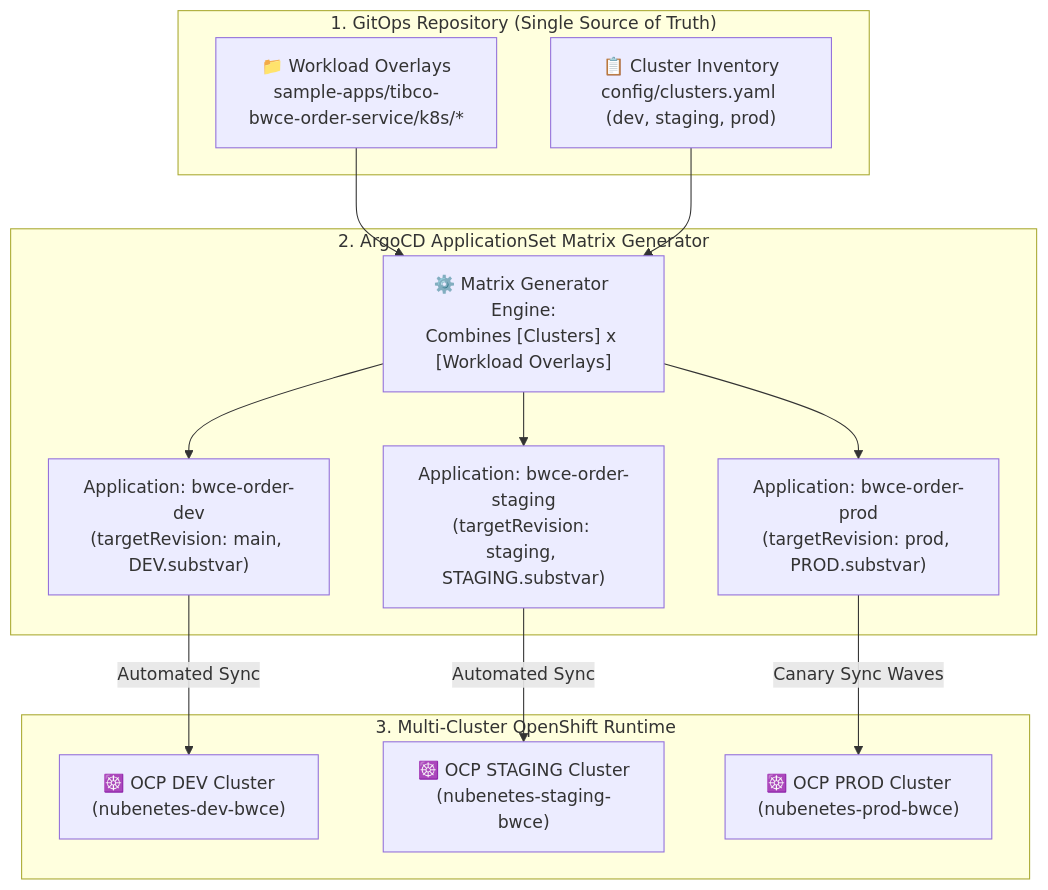
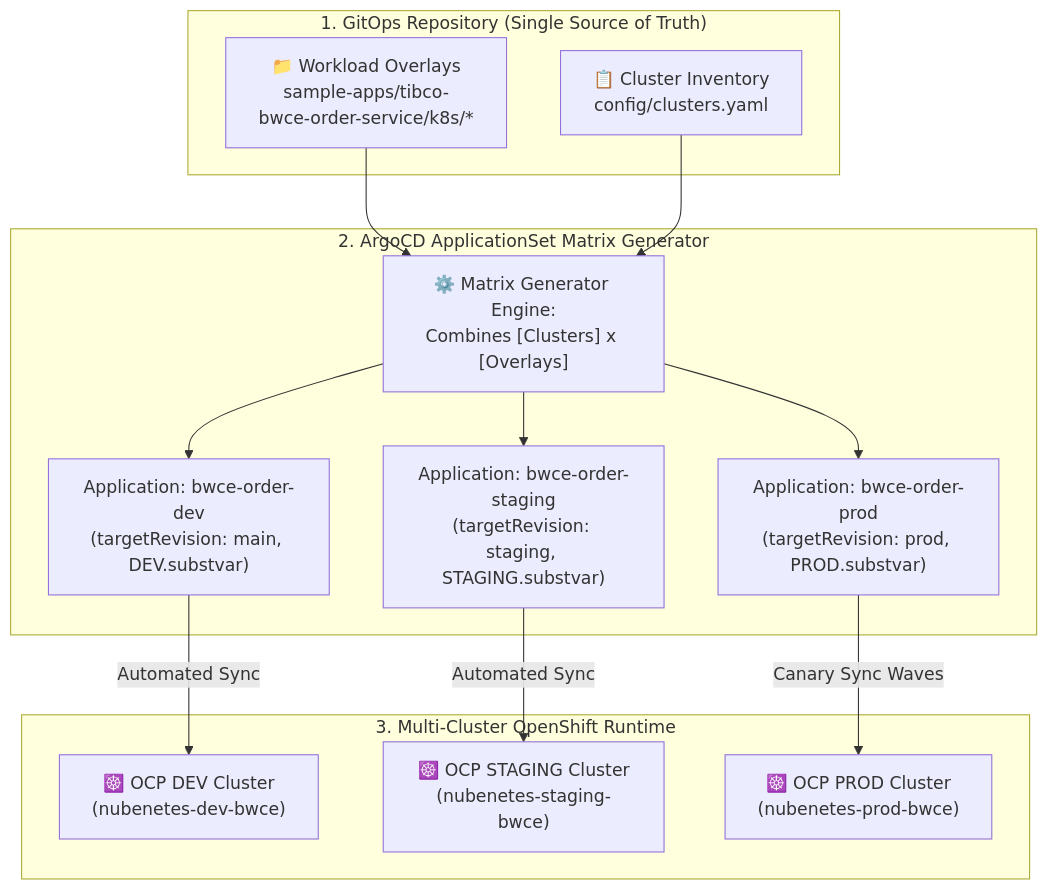
Before and after one commit to nubenetes/jenkins-without-git-parameter-bwce: the eighth of 11 diagrams in README.md, drawn with Mermaid. The commit also changed other lines of this file, not shown here.

Commit message:
docs: optimize Mermaid diagram labels, text wrapping, and sequence notes to prevent text truncation

````diff
--- a/README.md
+++ b/README.md
@@ -565,26 +565,26 @@
 ```mermaid
 flowchart TB
     subgraph GitOpsSource["1. GitOps Repository (Single Source of Truth)"]
         Manifests["📁 Workload Overlays<br/>sample-apps/tibco-bwce-order-service/k8s/*"]
-        ClusterList["📋 Cluster Inventory<br/>config/clusters.yaml (dev, staging, prod)"]
+        ClusterList["📋 Cluster Inventory<br/>config/clusters.yaml"]
     end
 
     subgraph AppSetEngine["2. ArgoCD ApplicationSet Matrix Generator"]
-        Matrix["⚙️ Matrix Generator Engine:<br/>Combines [Clusters] x [Workload Overlays]"]
+        Matrix["⚙️ Matrix Generator Engine:<br/>Combines [Clusters] x [Overlays]"]
         AppDev["Application: bwce-order-dev<br/>(targetRevision: main, DEV.substvar)"]
         AppStg["Application: bwce-order-staging<br/>(targetRevision: staging, STAGING.substvar)"]
         AppPrd["Application: bwce-order-prod<br/>(targetRevision: prod, PROD.substvar)"]
     end
 
     subgraph TargetClusters["3. Multi-Cluster OpenShift Runtime"]
         OCPDev["☸️ OCP DEV Cluster<br/>(nubenetes-dev-bwce)"]
         OCPStg["☸️ OCP STAGING Cluster<br/>(nubenetes-staging-bwce)"]
         OCPPrd["☸️ OCP PROD Cluster<br/>(nubenetes-prod-bwce)"]
     end
 
     Manifests --> Matrix
     ClusterList --> Matrix
     Matrix --> AppDev -->|"Automated Sync"| OCPDev
     Matrix --> AppStg -->|"Automated Sync"| OCPStg
     Matrix --> AppPrd -->|"Canary Sync Waves"| OCPPrd
 ```
````
